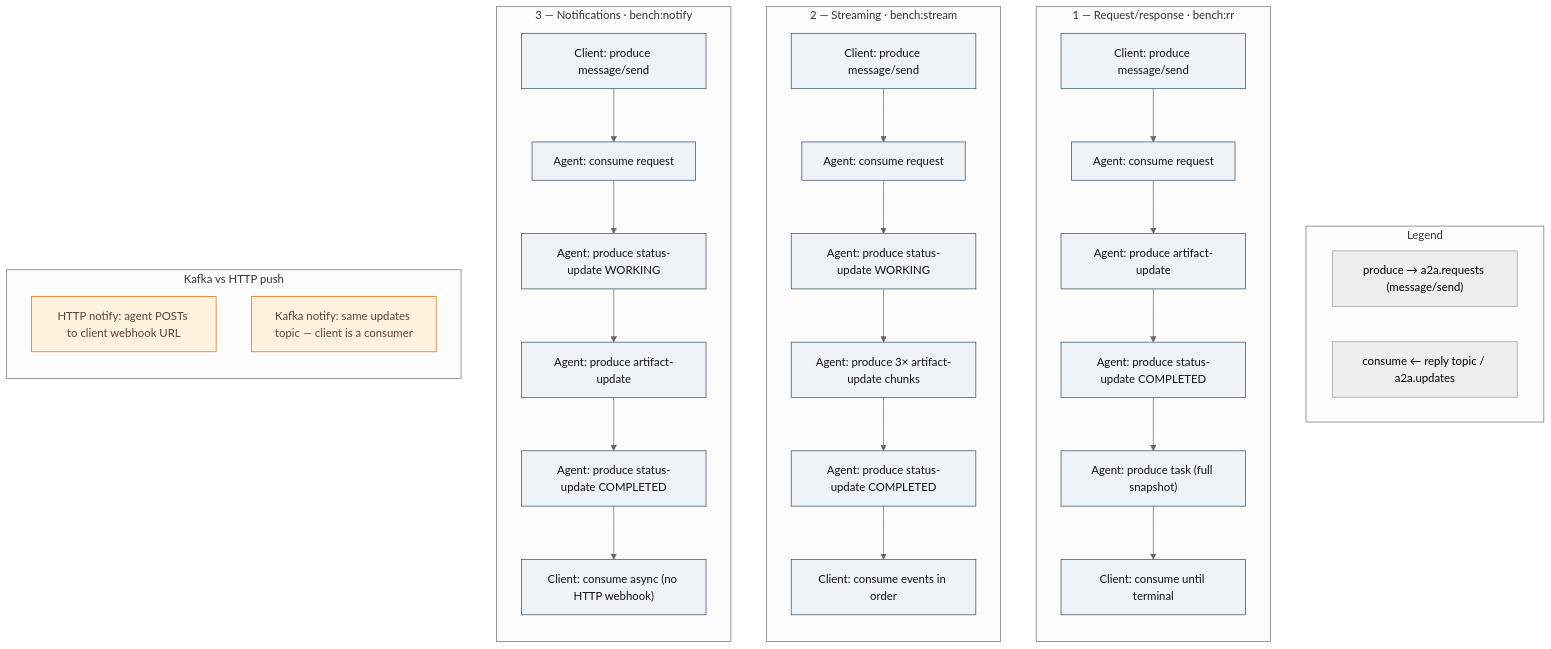
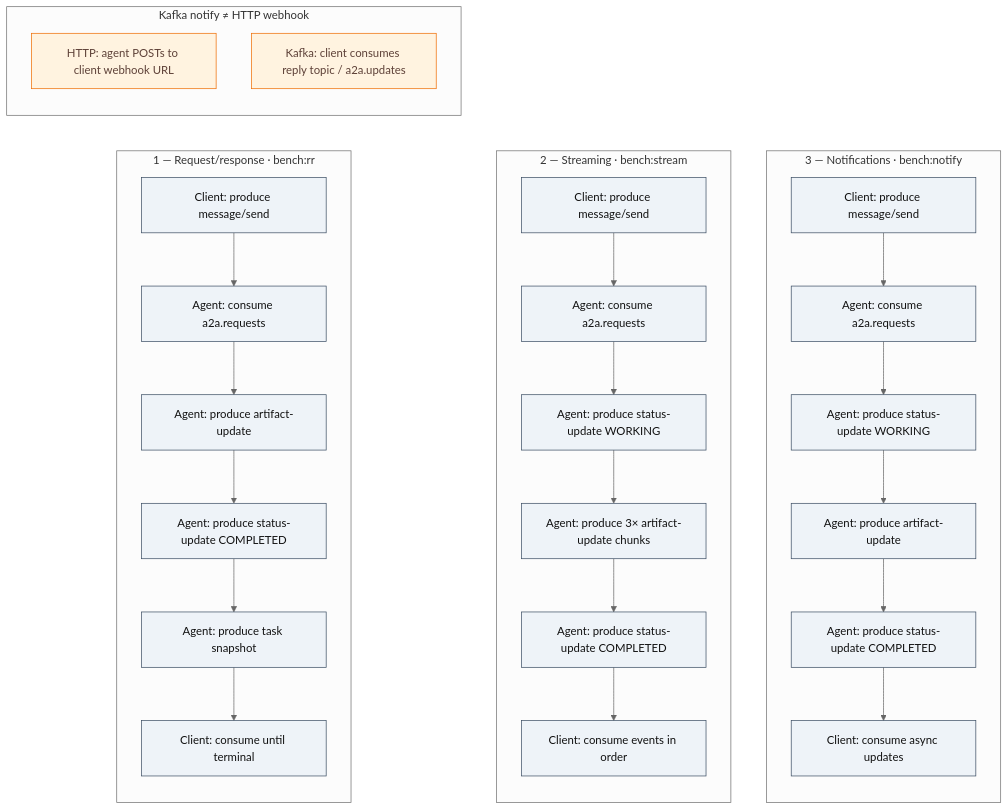
One commit to instaclustr/code-samples changed the diagram in AI/A2A/a2a-kafka/docs/diagrams/a2a-kafka-rr-stream-notify.mmd. Above: the diagram before and after it, drawn with Mermaid (neutral theme). The commit also changed 3 other files, not shown here.

```diff
--- a/AI/A2A/a2a-kafka/docs/diagrams/a2a-kafka-rr-stream-notify.mmd
+++ b/AI/A2A/a2a-kafka/docs/diagrams/a2a-kafka-rr-stream-notify.mmd
@@ -1,50 +1,46 @@
-flowchart TB
-  subgraph LEG["Legend"]
-    direction LR
-    L1["produce → a2a.requests (message/send)"]
-    L2["consume ← reply topic / a2a.updates"]
-  end
-
+flowchart LR
   subgraph RR["1 — Request/response · bench:rr"]
     direction TB
     RR1["Client: produce message/send"]
-    RR2["Agent: consume request"]
+    RR2["Agent: consume a2a.requests"]
     RR3["Agent: produce artifact-update"]
     RR4["Agent: produce status-update COMPLETED"]
-    RR5["Agent: produce task (full snapshot)"]
+    RR5["Agent: produce task snapshot"]
     RR6["Client: consume until terminal"]
     RR1 --> RR2 --> RR3 --> RR4 --> RR5 --> RR6
   end
 
   subgraph STR["2 — Streaming · bench:stream"]
     direction TB
     S1["Client: produce message/send"]
-    S2["Agent: consume request"]
+    S2["Agent: consume a2a.requests"]
     S3["Agent: produce status-update WORKING"]
     S4["Agent: produce 3× artifact-update chunks"]
     S5["Agent: produce status-update COMPLETED"]
     S6["Client: consume events in order"]
     S1 --> S2 --> S3 --> S4 --> S5 --> S6
   end
 
   subgraph NTF["3 — Notifications · bench:notify"]
     direction TB
     N1["Client: produce message/send"]
-    N2["Agent: consume request"]
+    N2["Agent: consume a2a.requests"]
     N3["Agent: produce status-update WORKING"]
     N4["Agent: produce artifact-update"]
     N5["Agent: produce status-update COMPLETED"]
-    N6["Client: consume async (no HTTP webhook)"]
+    N6["Client: consume async updates"]
     N1 --> N2 --> N3 --> N4 --> N5 --> N6
   end
 
-  subgraph NOTE["Kafka vs HTTP push"]
+  RR ~~~ STR ~~~ NTF
+
+  subgraph NOTE["Kafka notify ≠ HTTP webhook"]
     direction TB
-    N7["HTTP notify: agent POSTs to client webhook URL"]
-    N8["Kafka notify: same updates topic — client is a consumer"]
+    N7["HTTP: agent POSTs to client webhook URL"]
+    N8["Kafka: client consumes reply topic / a2a.updates"]
   end
 
   classDef phase fill:#eef3f8,color:#111,stroke:#3b4d63,stroke-width:1px;
   classDef accent fill:#fff3e0,color:#5d4037,stroke:#ef6c00,stroke-width:1px;
   class RR1,RR2,RR3,RR4,RR5,RR6,S1,S2,S3,S4,S5,S6,N1,N2,N3,N4,N5,N6 phase;
   class N7,N8 accent;
```
